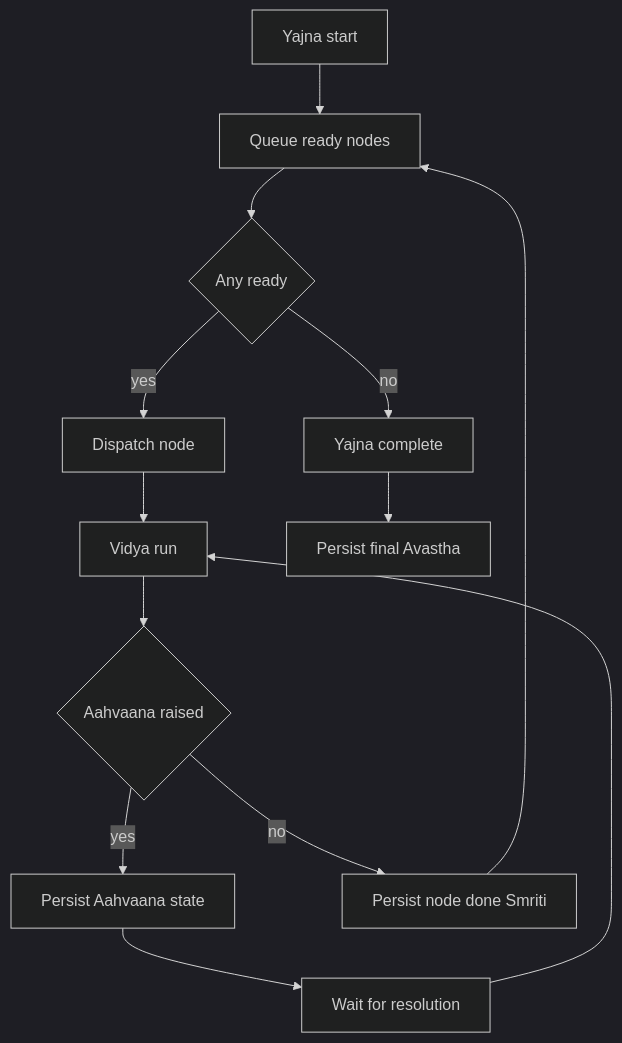
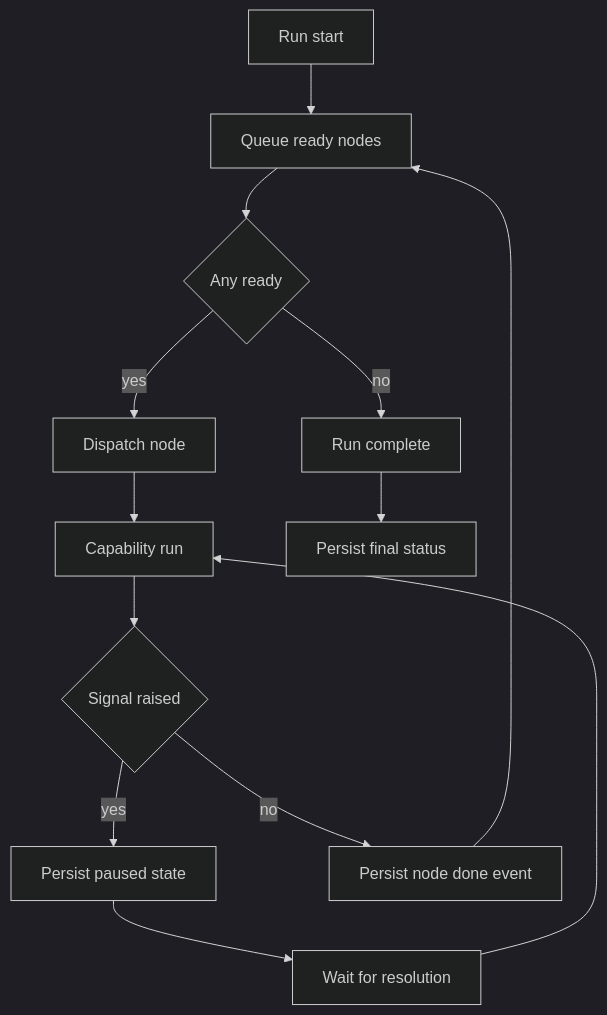
One commit to so-weak/Aakaar changed the tenth of 12 diagrams in documentation/src/02-LLD.md. Above: the diagram before and after it, drawn with Mermaid (dark theme). The commit also changed other lines of this file and 23 other files, not shown here.

````diff
--- a/documentation/src/02-LLD.md
+++ b/documentation/src/02-LLD.md
@@ -332,15 +336,15 @@
 ```mermaid
 flowchart TD
-  S["Yajna start"] --> Q["Queue ready nodes"]
+  S["Run start"] --> Q["Queue ready nodes"]
   Q --> N{"Any ready"}
   N -->|"yes"| D["Dispatch node"]
-  D --> R["Vidya run"]
-  R --> SIG{"Aahvaana raised"}
-  SIG -->|"yes"| W["Persist Aahvaana state"]
+  D --> R["Capability run"]
+  R --> SIG{"Signal raised"}
+  SIG -->|"yes"| W["Persist paused state"]
   W --> H["Wait for resolution"]
   H --> R
-  SIG -->|"no"| E["Persist node done Smriti"]
+  SIG -->|"no"| E["Persist node done event"]
   E --> Q
-  N -->|"no"| F["Yajna complete"]
-  F --> X["Persist final Avastha"]
+  N -->|"no"| F["Run complete"]
+  F --> X["Persist final status"]
 ```
````
